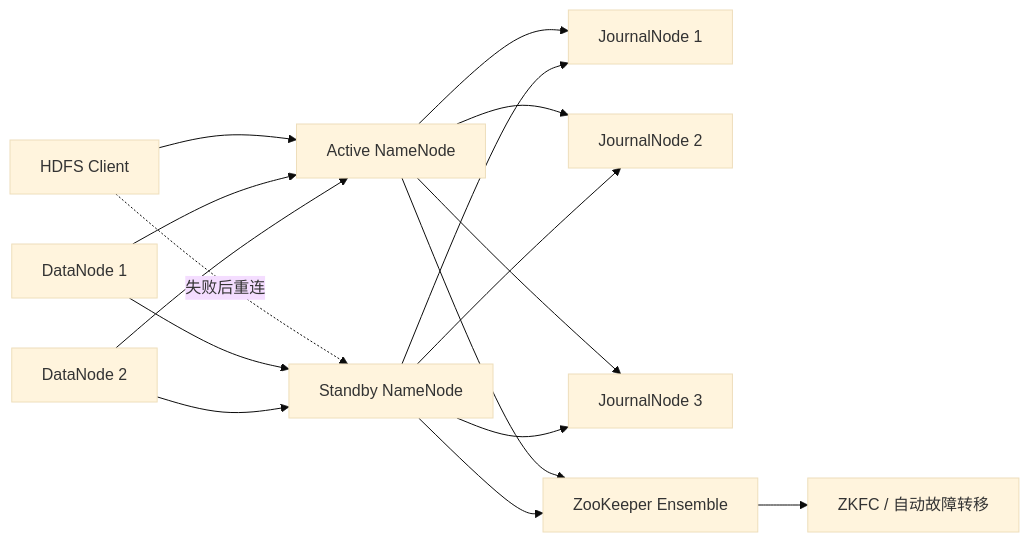
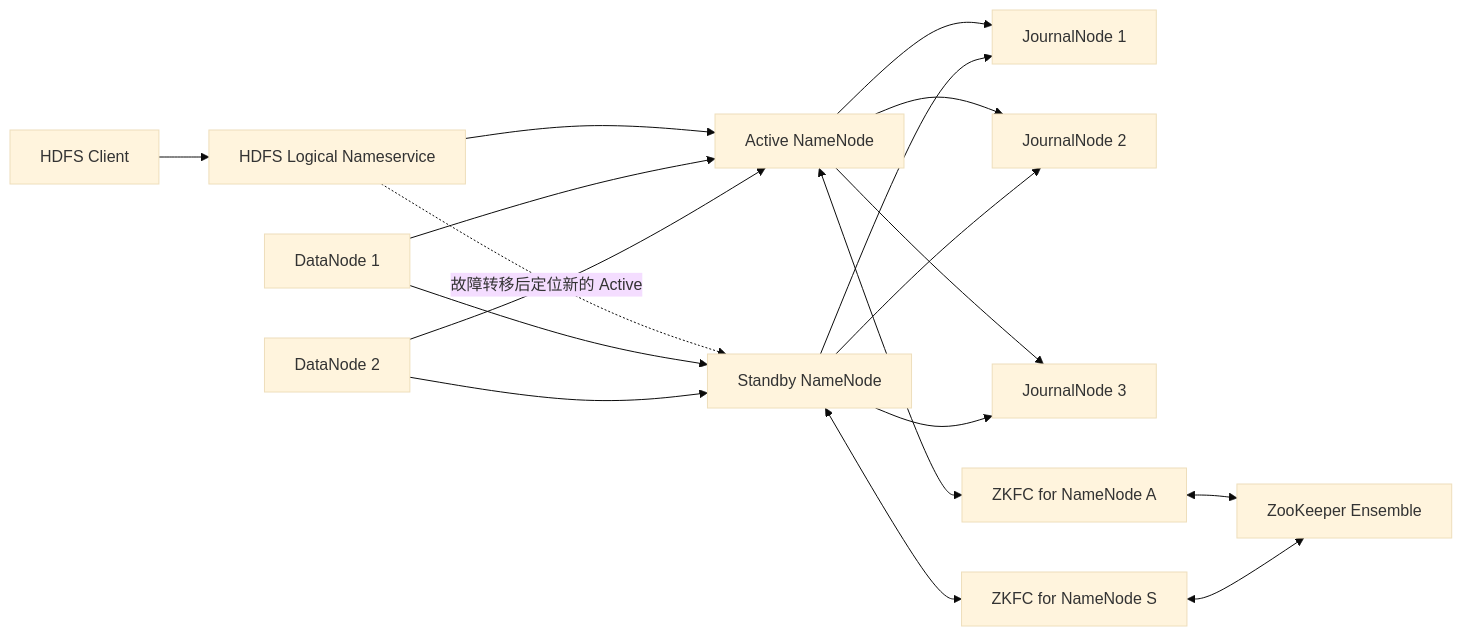
Before and after one commit to warwickNZ/big_data_tutorials: the tenth of 10 diagrams in hadoop学习指南.md, drawn with Mermaid (base theme). The commit also changed other lines of this file, not shown here.

````diff
--- a/hadoop学习指南.md
+++ b/hadoop学习指南.md
@@ -1098,18 +1160,22 @@
 ```mermaid
 flowchart LR
-    C[HDFS Client] --> A[Active NameNode]
-    C -. 失败后重连 .-> S[Standby NameNode]
+    C[HDFS Client] --> NS[HDFS Logical Nameservice]
+    NS --> A[Active NameNode]
+    NS -. 故障转移后定位新的 Active .-> S[Standby NameNode]
     A --> J1[JournalNode 1]
     A --> J2[JournalNode 2]
     A --> J3[JournalNode 3]
     S --> J1
     S --> J2
     S --> J3
-    A --> Z[ZooKeeper Ensemble]
-    S --> Z
-    Z --> F[ZKFC / 自动故障转移]
+    ZKA[ZKFC for NameNode A]
+    ZKS[ZKFC for NameNode S]
+    A <--> ZKA
+    S <--> ZKS
+    ZKA <--> Z[ZooKeeper Ensemble]
+    ZKS <--> Z
     D1[DataNode 1] --> A
     D1 --> S
     D2[DataNode 2] --> A
     D2 --> S
 ```
````
